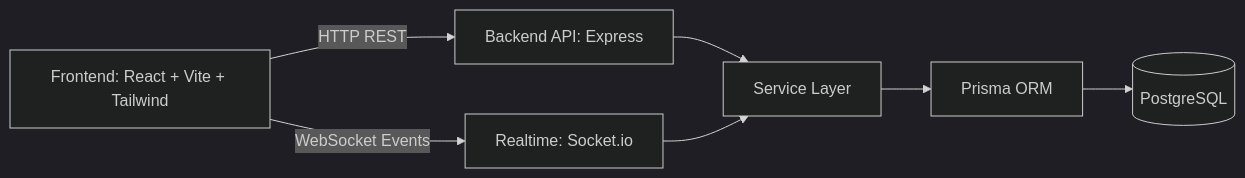
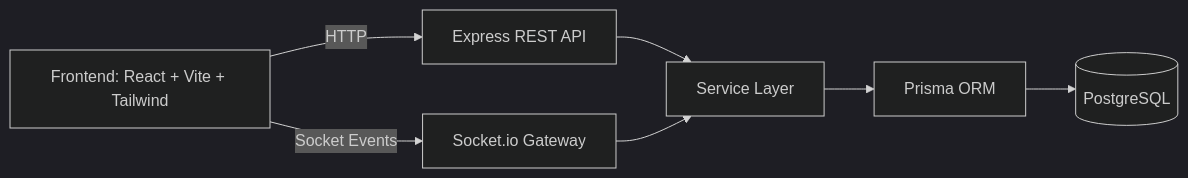
The second of 2 diagrams in README.md (devsuthar-ai-ml/real-time-collaboration-platform), drawn with Mermaid (dark theme) before and after one commit. The commit also changed other lines of this file, not shown here.

````diff
--- a/README.md
+++ b/README.md
@@ -51,15 +91,15 @@
 ```mermaid
 flowchart LR
   FE[Frontend: React + Vite + Tailwind]
-  API[Backend API: Express]
-  WS[Realtime: Socket.io]
+  API[Express REST API]
+  WS[Socket.io Gateway]
   SVC[Service Layer]
   ORM[Prisma ORM]
   DB[(PostgreSQL)]
 
-  FE -->|HTTP REST| API
-  FE -->|WebSocket Events| WS
+  FE -->|HTTP| API
+  FE -->|Socket Events| WS
   API --> SVC
   WS --> SVC
   SVC --> ORM --> DB
 ```
````
